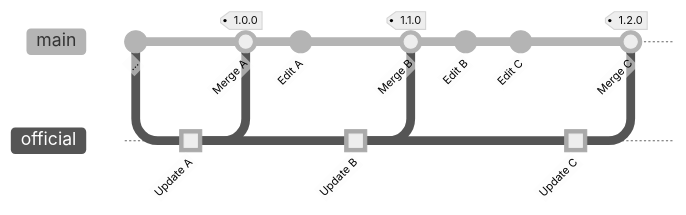
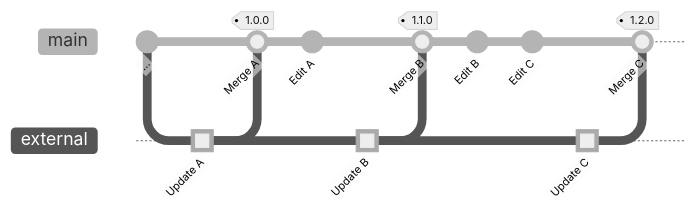
One commit to Autumnagnificent/Teardown-Totally-Documented changed the diagram in data/README.md. Above: the diagram before and after it, drawn with Mermaid (neutral theme). The commit also changed other lines of this file and 8 other files, not shown here.

````diff
--- a/data/README.md
+++ b/data/README.md
@@ -13,20 +17,20 @@
 ```mermaid
 gitGraph
 	commit id: "..."
-	branch "official"
-	checkout "official"
+	branch "external"
+	checkout "external"
 	commit id: "Update A" type: HIGHLIGHT
 	checkout main
-	merge "official" id: "Merge A" tag: "1.0.0"
+	merge "external" id: "Merge A" tag: "1.0.0"
 	commit id: "Edit A"
-	checkout "official"
+	checkout "external"
 	commit id: "Update B" type: HIGHLIGHT
 	checkout main
-	merge "official" id: "Merge B" tag: "1.1.0"
+	merge "external" id: "Merge B" tag: "1.1.0"
 	commit id: "Edit B"
 	commit id: "Edit C"
-	checkout "official"
+	checkout "external"
 	commit id: "Update C" type: HIGHLIGHT
 	checkout main
-	merge "official" id: "Merge C" tag: "1.2.0"
+	merge "external" id: "Merge C" tag: "1.2.0"
 ```
````
